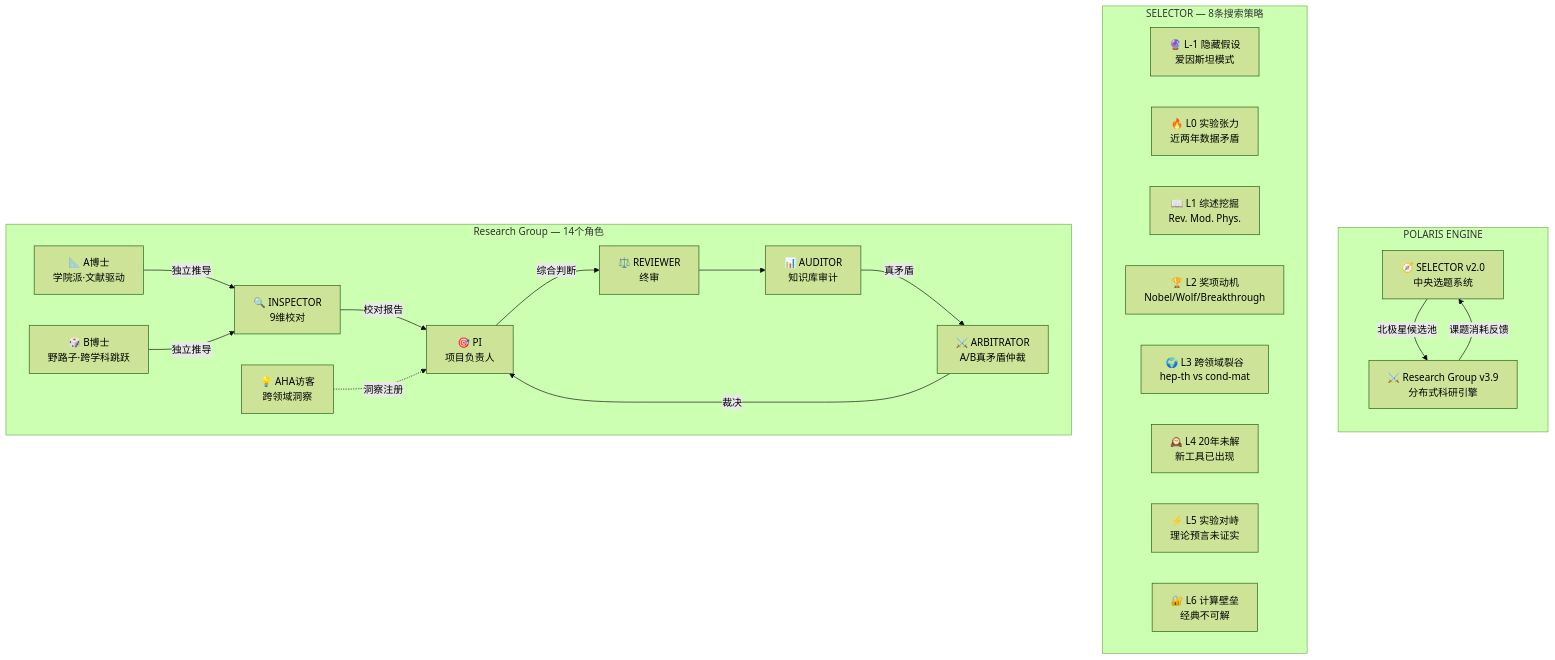
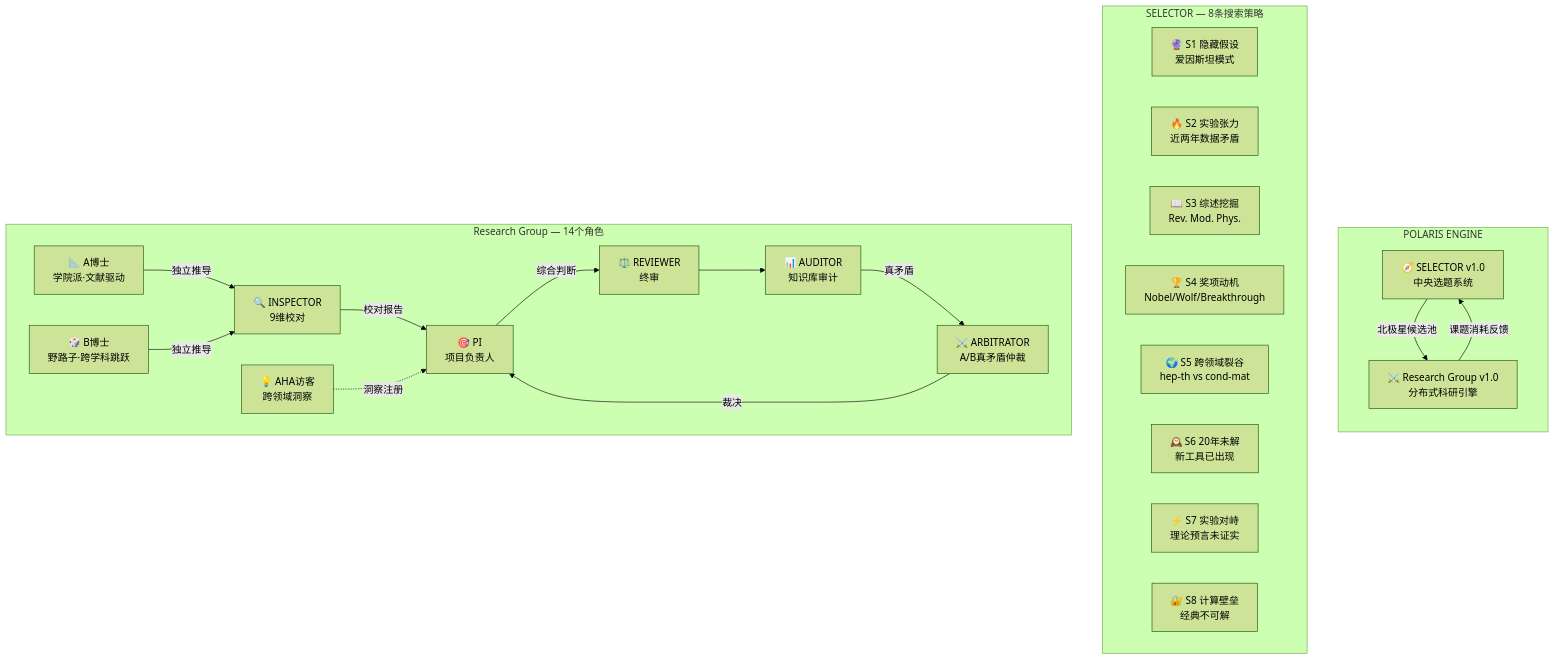
The second of 8 diagrams in README.md (val1813/Polaris), drawn with Mermaid (forest theme) before and after one commit. The commit also changed other lines of this file and 52 other files, not shown here.

````diff
--- a/README.md
+++ b/README.md
@@ -121,42 +121,42 @@
 ```mermaid
 graph TB
     subgraph "POLARIS ENGINE"
         direction TB
-        SEL["🧭 SELECTOR v2.0<br/>中央选题系统"]
-        RG["⚔️ Research Group v3.9<br/>分布式科研引擎"]
+        SEL["🧭 SELECTOR v1.0<br/>中央选题系统"]
+        RG["⚔️ Research Group v1.0<br/>分布式科研引擎"]
     end
 
     SEL -->|"北极星候选池"| RG
     RG -->|"课题消耗反馈"| SEL
 
     subgraph "SELECTOR — 8条搜索策略"
-        Lm1["🔮 L-1 隐藏假设<br/>爱因斯坦模式"]
-        L0["🔥 L0 实验张力<br/>近两年数据矛盾"]
-        L1["📖 L1 综述挖掘<br/>Rev. Mod. Phys."]
-        L2["🏆 L2 奖项动机<br/>Nobel/Wolf/Breakthrough"]
-        L3["🌍 L3 跨领域裂谷<br/>hep-th vs cond-mat"]
-        L4["🕰️ L4 20年未解<br/>新工具已出现"]
-        L5["⚡ L5 实验对峙<br/>理论预言未证实"]
-        L6["🔐 L6 计算壁垒<br/>经典不可解"]
+        Lm1["🔮 S1 隐藏假设<br/>爱因斯坦模式"]
+        S2["🔥 S2 实验张力<br/>近两年数据矛盾"]
+        S3["📖 S3 综述挖掘<br/>Rev. Mod. Phys."]
+        S4["🏆 S4 奖项动机<br/>Nobel/Wolf/Breakthrough"]
+        S5["🌍 S5 跨领域裂谷<br/>hep-th vs cond-mat"]
+        S6["🕰️ S6 20年未解<br/>新工具已出现"]
+        S7["⚡ S7 实验对峙<br/>理论预言未证实"]
+        S8["🔐 S8 计算壁垒<br/>经典不可解"]
     end
 
     subgraph "Research Group — 14个角色"
         PI["🎯 PI<br/>项目负责人"]
         A["📐 A博士<br/>学院派·文献驱动"]
         B["🎲 B博士<br/>野路子·跨学科跳跃"]
         INS["🔍 INSPECTOR<br/>9维校对"]
         REV["⚖️ REVIEWER<br/>终审"]
         AUD["📊 AUDITOR<br/>知识库审计"]
         ARB["⚔️ ARBITRATOR<br/>A/B真矛盾仲裁"]
         AHA["💡 AHA访客<br/>跨领域洞察"]
     end
 
     A -->|"独立推导"| INS
     B -->|"独立推导"| INS
     INS -->|"校对报告"| PI
     PI -->|"综合判断"| REV
     REV --> AUD
     AUD -->|"真矛盾"| ARB
     ARB -->|"裁决"| PI
     AHA -.->|"洞察注册"| PI
 ```
````
